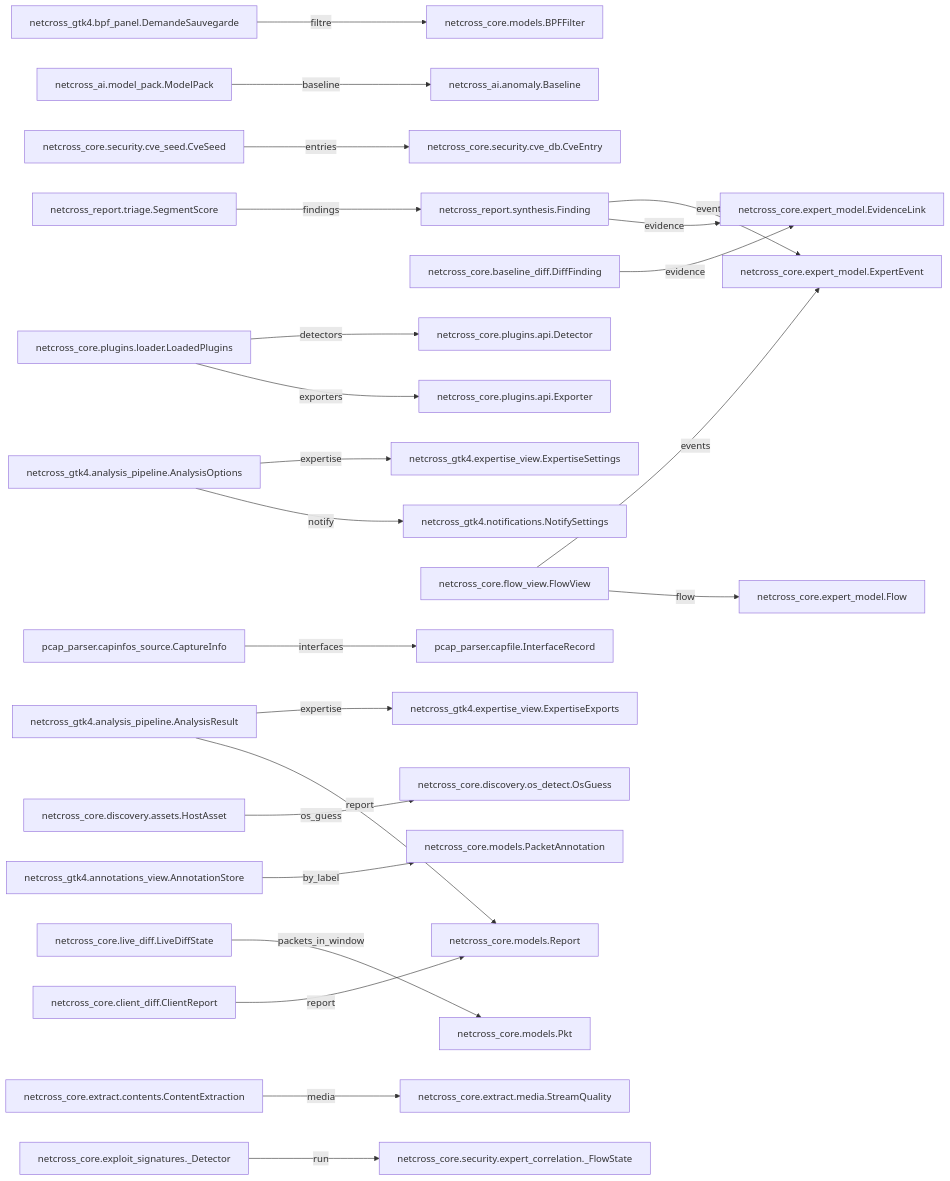
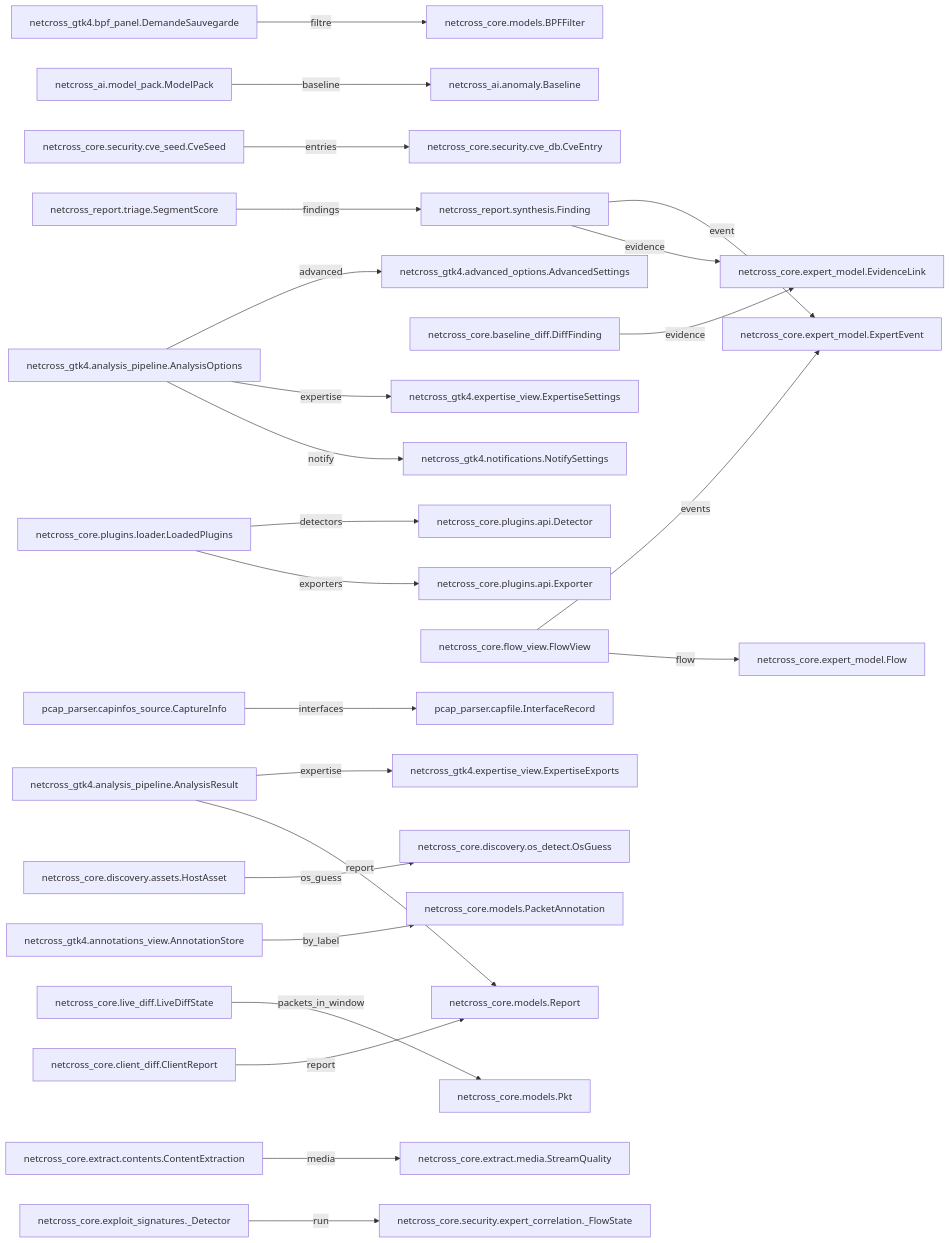
The second of 19 diagrams in docs/class-diagram.md (Mathide-Team/Netcross), drawn with Mermaid before and after one commit. The commit also changed other lines of this file and 11 other files, not shown here.

````diff
--- a/docs/class-diagram.md
+++ b/docs/class-diagram.md
@@ -57,60 +57,62 @@
 ```mermaid
 flowchart LR
+    AdvancedSettings["netcross_gtk4.advanced_options.AdvancedSettings"]
     AnalysisOptions["netcross_gtk4.analysis_pipeline.AnalysisOptions"]
     AnalysisResult["netcross_gtk4.analysis_pipeline.AnalysisResult"]
     AnnotationStore["netcross_gtk4.annotations_view.AnnotationStore"]
     BPFFilter["netcross_core.models.BPFFilter"]
     Baseline["netcross_ai.anomaly.Baseline"]
     CaptureInfo["pcap_parser.capinfos_source.CaptureInfo"]
     ClientReport["netcross_core.client_diff.ClientReport"]
     ContentExtraction["netcross_core.extract.contents.ContentExtraction"]
     CveEntry["netcross_core.security.cve_db.CveEntry"]
     CveSeed["netcross_core.security.cve_seed.CveSeed"]
     DemandeSauvegarde["netcross_gtk4.bpf_panel.DemandeSauvegarde"]
     Detector["netcross_core.plugins.api.Detector"]
     DiffFinding["netcross_core.baseline_diff.DiffFinding"]
     EvidenceLink["netcross_core.expert_model.EvidenceLink"]
     ExpertEvent["netcross_core.expert_model.ExpertEvent"]
     ExpertiseExports["netcross_gtk4.expertise_view.ExpertiseExports"]
     ExpertiseSettings["netcross_gtk4.expertise_view.ExpertiseSettings"]
     Exporter["netcross_core.plugins.api.Exporter"]
     Finding["netcross_report.synthesis.Finding"]
     FlowView["netcross_core.flow_view.FlowView"]
     Flow["netcross_core.expert_model.Flow"]
     HostAsset["netcross_core.discovery.assets.HostAsset"]
     InterfaceRecord["pcap_parser.capfile.InterfaceRecord"]
     LiveDiffState["netcross_core.live_diff.LiveDiffState"]
     LoadedPlugins["netcross_core.plugins.loader.LoadedPlugins"]
     ModelPack["netcross_ai.model_pack.ModelPack"]
     NotifySettings["netcross_gtk4.notifications.NotifySettings"]
     OsGuess["netcross_core.discovery.os_detect.OsGuess"]
     PacketAnnotation["netcross_core.models.PacketAnnotation"]
     Pkt["netcross_core.models.Pkt"]
     Report["netcross_core.models.Report"]
     SegmentScore["netcross_report.triage.SegmentScore"]
     StreamQuality["netcross_core.extract.media.StreamQuality"]
     _Detector["netcross_core.exploit_signatures._Detector"]
     netcross_core_security_expert_correlation__FlowState["netcross_core.security.expert_correlation._FlowState"]
+    AnalysisOptions -->|advanced| AdvancedSettings
     AnalysisOptions -->|expertise| ExpertiseSettings
     AnalysisOptions -->|notify| NotifySettings
     AnalysisResult -->|expertise| ExpertiseExports
     AnalysisResult -->|report| Report
     AnnotationStore -->|by_label| PacketAnnotation
     CaptureInfo -->|interfaces| InterfaceRecord
     ClientReport -->|report| Report
     ContentExtraction -->|media| StreamQuality
     CveSeed -->|entries| CveEntry
     DemandeSauvegarde -->|filtre| BPFFilter
     DiffFinding -->|evidence| EvidenceLink
     Finding -->|event| ExpertEvent
     Finding -->|evidence| EvidenceLink
     FlowView -->|events| ExpertEvent
     FlowView -->|flow| Flow
     HostAsset -->|os_guess| OsGuess
     LiveDiffState -->|packets_in_window| Pkt
     LoadedPlugins -->|detectors| Detector
     LoadedPlugins -->|exporters| Exporter
     ModelPack -->|baseline| Baseline
     SegmentScore -->|findings| Finding
     _Detector -->|run| netcross_core_security_expert_correlation__FlowState
 ```
````
